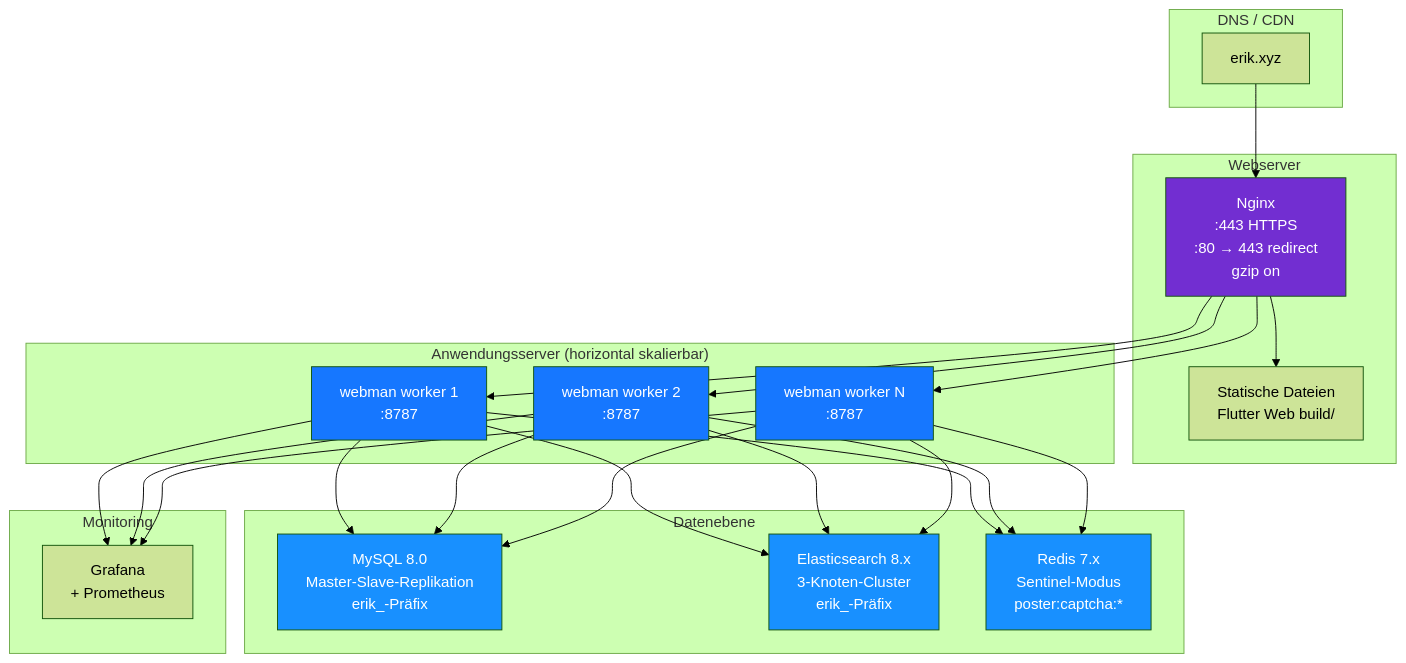
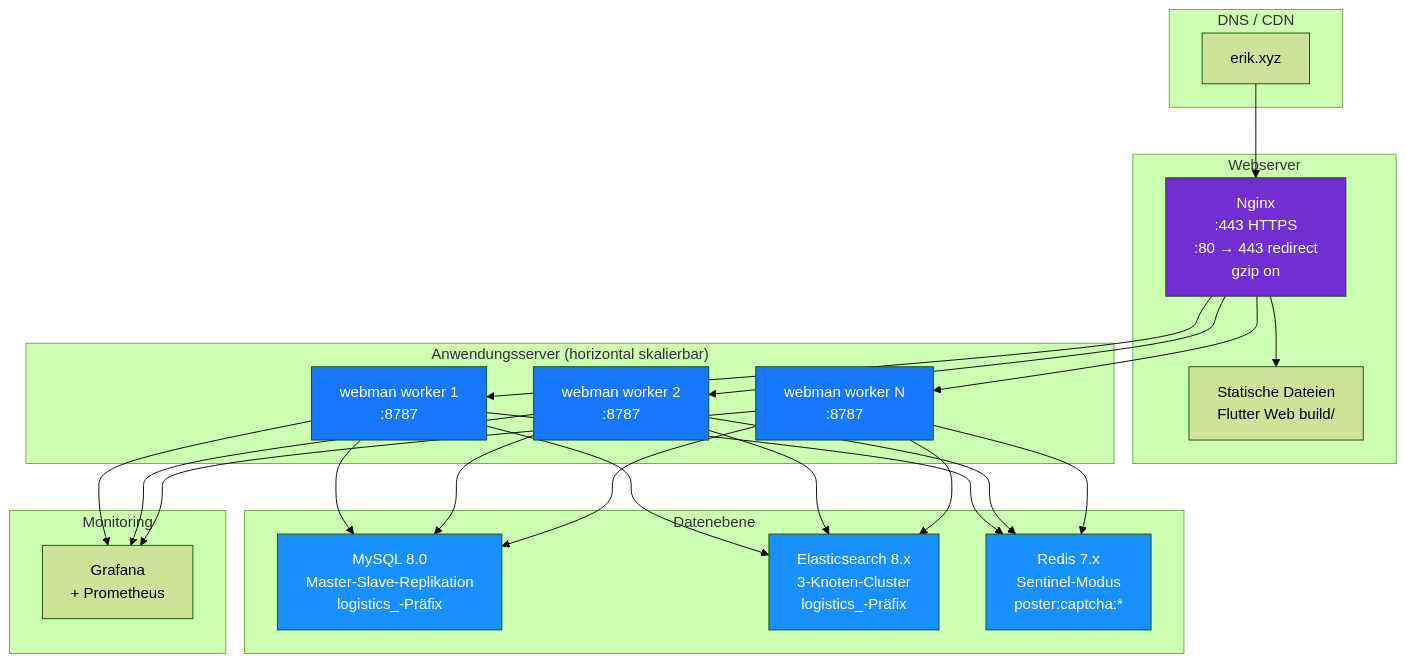
Before and after one commit to erikwang2013/integrated-global-logistics: diagram 14 of 14 in admin/docs/ARCHITECTURE.de.md, drawn with Mermaid (forest theme). The commit also changed other lines of this file and 211 other files, not shown here.

````diff
--- a/admin/docs/ARCHITECTURE.de.md
+++ b/admin/docs/ARCHITECTURE.de.md
@@ -652,43 +652,43 @@
 ```mermaid
 flowchart TB
     subgraph "DNS / CDN"
         DNS["erik.xyz"]
     end
 
     subgraph "Webserver"
         NGX["Nginx<br/>:443 HTTPS<br/>:80 → 443 redirect<br/>gzip on"]
         STA["Statische Dateien<br/>Flutter Web build/"]
     end
 
     subgraph "Anwendungsserver (horizontal skalierbar)"
         WM1["webman worker 1<br/>:8787"]
         WM2["webman worker 2<br/>:8787"]
         WM3["webman worker N<br/>:8787"]
     end
 
     subgraph "Datenebene"
-        MYSQL["MySQL 8.0<br/>Master-Slave-Replikation<br/>erik_-Präfix"]
-        ES["Elasticsearch 8.x<br/>3-Knoten-Cluster<br/>erik_-Präfix"]
+        MYSQL["MySQL 8.0<br/>Master-Slave-Replikation<br/>logistics_-Präfix"]
+        ES["Elasticsearch 8.x<br/>3-Knoten-Cluster<br/>logistics_-Präfix"]
         REDIS["Redis 7.x<br/>Sentinel-Modus<br/>poster:captcha:*"]
     end
 
     subgraph "Monitoring"
         MON["Grafana<br/>+ Prometheus"]
     end
 
     DNS --> NGX
     NGX --> STA
     NGX --> WM1 & WM2 & WM3
     WM1 & WM2 & WM3 --> MYSQL
     WM1 & WM2 & WM3 --> ES
     WM1 & WM2 & WM3 --> REDIS
     WM1 & WM2 & WM3 --> MON
 
     style NGX fill:#722ED1,color:#fff
     style WM1 fill:#1677FF,color:#fff
     style WM2 fill:#1677FF,color:#fff
     style WM3 fill:#1677FF,color:#fff
     style MYSQL fill:#1890FF,color:#fff
     style ES fill:#1890FF,color:#fff
     style REDIS fill:#1890FF,color:#fff
 ```
````
